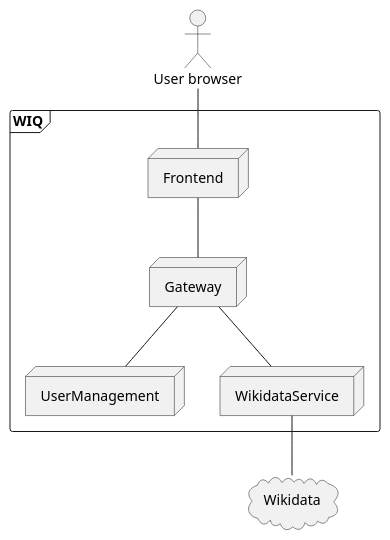
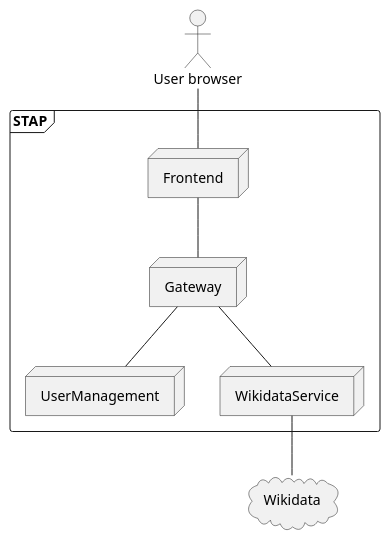
The second of 5 diagrams in docs/src/05_building_block_view.adoc (UO289930/wiq_en3a), drawn with PlantUML before and after one commit. The commit also changed other lines of this file and 3 other files, not shown here.

```diff
--- a/docs/src/05_building_block_view.adoc
+++ b/docs/src/05_building_block_view.adoc
@@ -114,17 +114,17 @@
 [plantuml, format=png]
 ....
 actor user as "User browser"
-frame WIQ {
+frame STAP {
     node Frontend
     node UserManagement
     node WikidataService
     node Gateway
 }
 cloud Wikidata as "Wikidata"
 
 user -- Frontend
 Frontend -- Gateway
 Gateway -- UserManagement
 Gateway -- WikidataService
 WikidataService -- Wikidata
 ....
```
